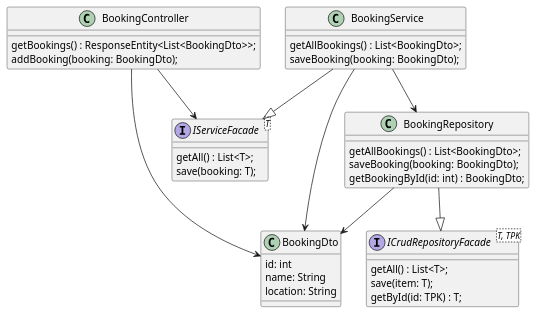
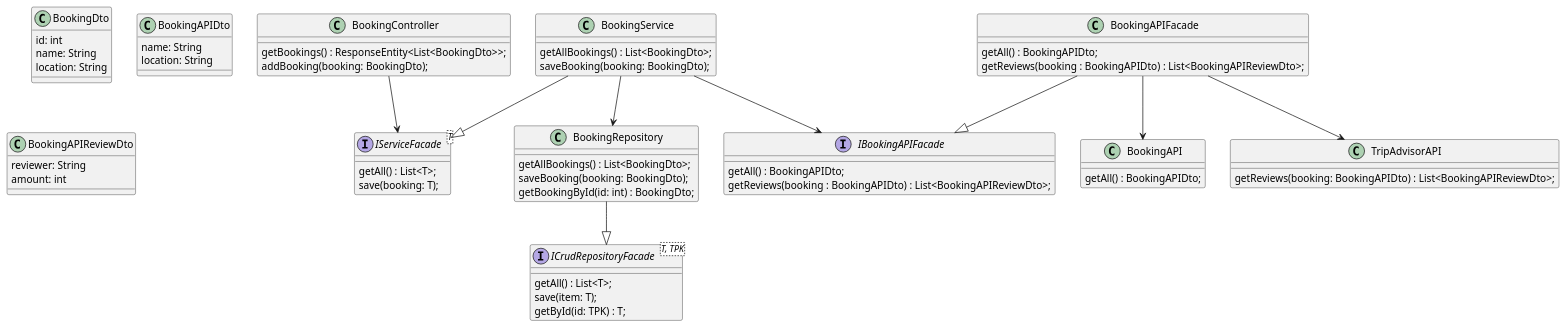
The diagram in opdracht-diagrammen/week2/les3/class-diagram-facade.puml (AIM-ENE-feb25/triptop-groep-b3), drawn with PlantUML before and after one commit.

Commit message:
API weer toegevoegd aan facade diagram

```diff
--- a/opdracht-diagrammen/week2/les3/class-diagram-facade.puml
+++ b/opdracht-diagrammen/week2/les3/class-diagram-facade.puml
@@ -1,50 +1,82 @@
 @startuml
 
 ' gekozen ontwerpvraag:
 ' Hoe zorg je ervoor dat je bij een wijziging in de datastructuur van een externe service niet de hele applicatie hoeft aan te passen?
 
 class BookingController {
     getBookings() : ResponseEntity<List<BookingDto>>;
     addBooking(booking: BookingDto);
 }
 
 class BookingService {
     getAllBookings() : List<BookingDto>;
     saveBooking(booking: BookingDto);
 }
 
 interface IServiceFacade<T> {
     getAll() : List<T>;
     save(booking: T);
 }
 
 class BookingRepository {
     getAllBookings() : List<BookingDto>;
     saveBooking(booking: BookingDto);
     getBookingById(id: int) : BookingDto;
 }
 
 
 class BookingDto {
     id: int
     name: String
     location: String
 }
 
+class BookingAPIDto {
+    name: String
+    location: String
+}
+
+class BookingAPIReviewDto {
+    reviewer: String
+    amount: int
+}
+
 interface ICrudRepositoryFacade<T, TPK> {
     getAll() : List<T>;
     save(item: T);
     getById(id: TPK) : T;
 }
 
+interface IBookingAPIFacade {
+    getAll() : BookingAPIDto;
+    getReviews(booking : BookingAPIDto) : List<BookingAPIReviewDto>;
+}
+
+class BookingAPIFacade {
+    getAll() : BookingAPIDto;
+    getReviews(booking : BookingAPIDto) : List<BookingAPIReviewDto>;
+}
+
+class BookingAPI {
+    getAll() : BookingAPIDto;
+}
+
+class TripAdvisorAPI {
+    getReviews(booking: BookingAPIDto) : List<BookingAPIReviewDto>;
+}
+
 BookingController --> IServiceFacade
 BookingService --|> IServiceFacade
 BookingService --> BookingRepository
 
-BookingController --> BookingDto
-BookingService --> BookingDto
-BookingRepository --> BookingDto
-
 BookingRepository --|> ICrudRepositoryFacade
 
+BookingAPIFacade --|> IBookingAPIFacade
+
+BookingService --> IBookingAPIFacade
+
+BookingAPIFacade --> BookingAPI
+BookingAPIFacade --> TripAdvisorAPI
+
+
 @enduml
```
